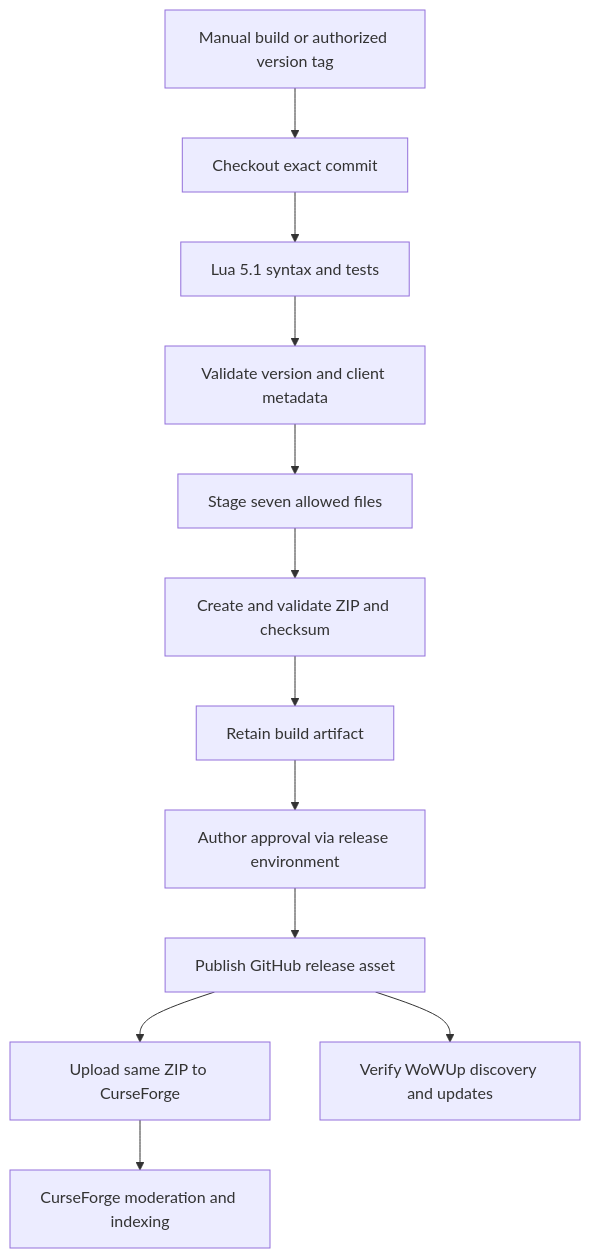
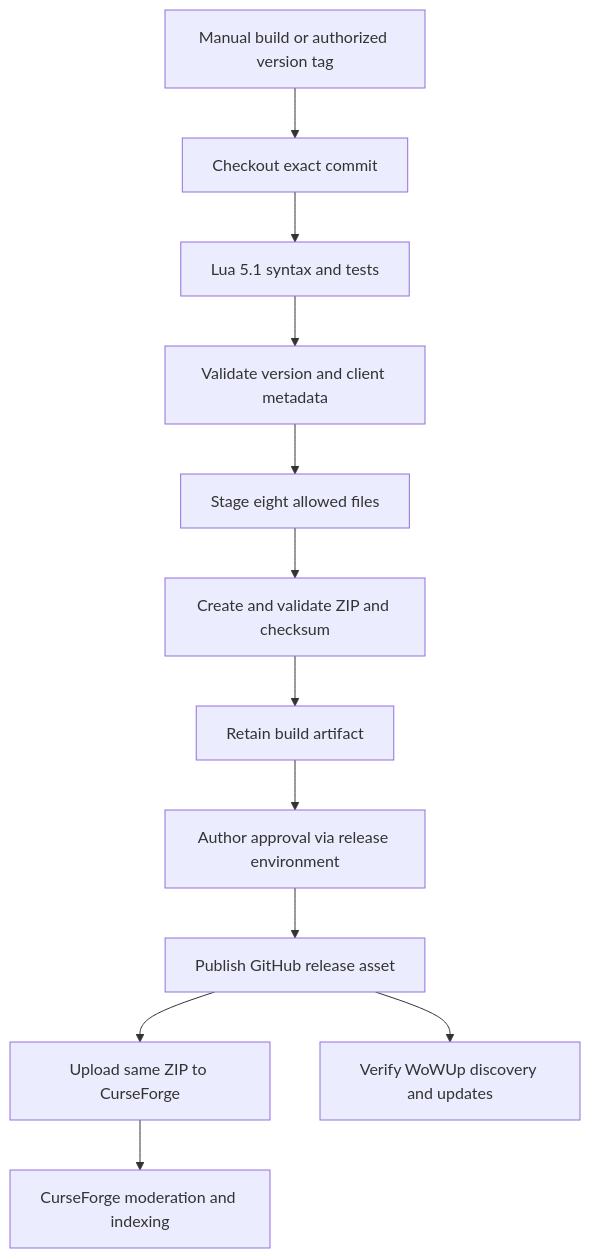
The diagram in docs/RELEASE_PLAN.md (jbedworth/DyresQuestTargeting), drawn with Mermaid before and after one commit. The commit also changed other lines of this file and 18 other files, not shown here.

````diff
--- a/docs/RELEASE_PLAN.md
+++ b/docs/RELEASE_PLAN.md
@@ -12,14 +12,14 @@
 ```mermaid
 flowchart TD
     A[Manual build or authorized version tag] --> B[Checkout exact commit]
     B --> C[Lua 5.1 syntax and tests]
     C --> D[Validate version and client metadata]
-    D --> E[Stage seven allowed files]
+    D --> E[Stage eight allowed files]
     E --> F[Create and validate ZIP and checksum]
     F --> G[Retain build artifact]
     G --> H[Author approval via release environment]
     H --> I[Publish GitHub release asset]
     I --> J[Upload same ZIP to CurseForge]
     J --> K[CurseForge moderation and indexing]
     I --> L[Verify WoWUp discovery and updates]
 ```
````
